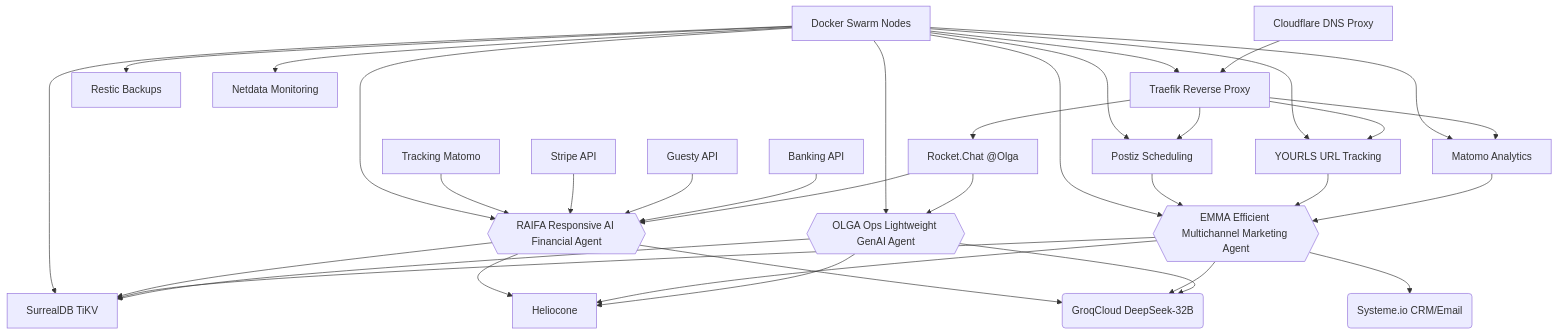
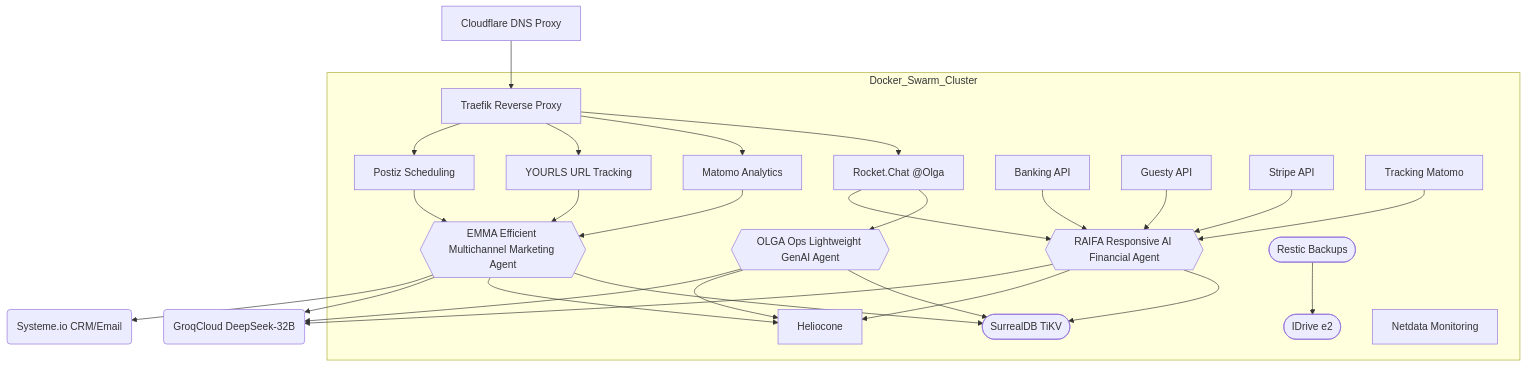
The fourth of 4 diagrams in projects/bnb/v6-b.md (deepbrainspace/deepbrain-stack), drawn with Mermaid before and after one commit. The commit also changed other lines of this file, not shown here.

````diff
--- a/projects/bnb/v6-b.md
+++ b/projects/bnb/v6-b.md
@@ -98,37 +94,31 @@
 ```mermaid
 flowchart TD
     U[Cloudflare DNS Proxy] --> E[Traefik Reverse Proxy]
-    E --> A[Rocket.Chat @Olga]
-    A --> B{{OLGA Ops Lightweight GenAI Agent}}
-    B --> C[SurrealDB TiKV]
-    E --> G[Matomo Analytics]
-    E --> I[YOURLS URL Tracking]
-    E --> J[Postiz Scheduling]
-    G --> H{{EMMA Efficient Multichannel Marketing Agent}}
-    I --> H
-    J --> H
-    H --> C
-    A --> L{{RAIFA Responsive AI Financial Agent}}
-    L --> C
-    M[Banking API] --> L
-    N[Guesty API] --> L
-    O[Stripe API] --> L
-    P[Tracking Matomo] --> L
-    B --> F[Heliocone]
-    H --> F
-    L --> F
+    subgraph Docker_Swarm_Cluster
+        E --> A[Rocket.Chat @Olga]
+        A --> B{{OLGA Ops Lightweight GenAI Agent}}
+        B --> C([SurrealDB TiKV])
+        E --> G[Matomo Analytics]
+        E --> I[YOURLS URL Tracking]
+        E --> J[Postiz Scheduling]
+        G --> H{{EMMA Efficient Multichannel Marketing Agent}}
+        I --> H
+        J --> H
+        H --> C
+        A --> L{{RAIFA Responsive AI Financial Agent}}
+        L --> C
+        M[Banking API] --> L
+        N[Guesty API] --> L
+        O[Stripe API] --> L
+        P[Tracking Matomo] --> L
+        B --> F[Heliocone]
+        H --> F
+        L --> F
+        R([Restic Backups]) --> Q([IDrive e2])
+        S[Netdata Monitoring]
+    end
     B --> T(GroqCloud DeepSeek-32B)
     H --> T
     L --> T
     H --> V(Systeme.io CRM/Email)
-    Q[Docker Swarm Nodes] --> E
-    Q --> C
-    Q --> B
-    Q --> H
-    Q --> L
-    Q --> G
-    Q --> I
-    Q --> J
-    Q --> R[Restic Backups]
-    Q --> S[Netdata Monitoring]
 ```
````
